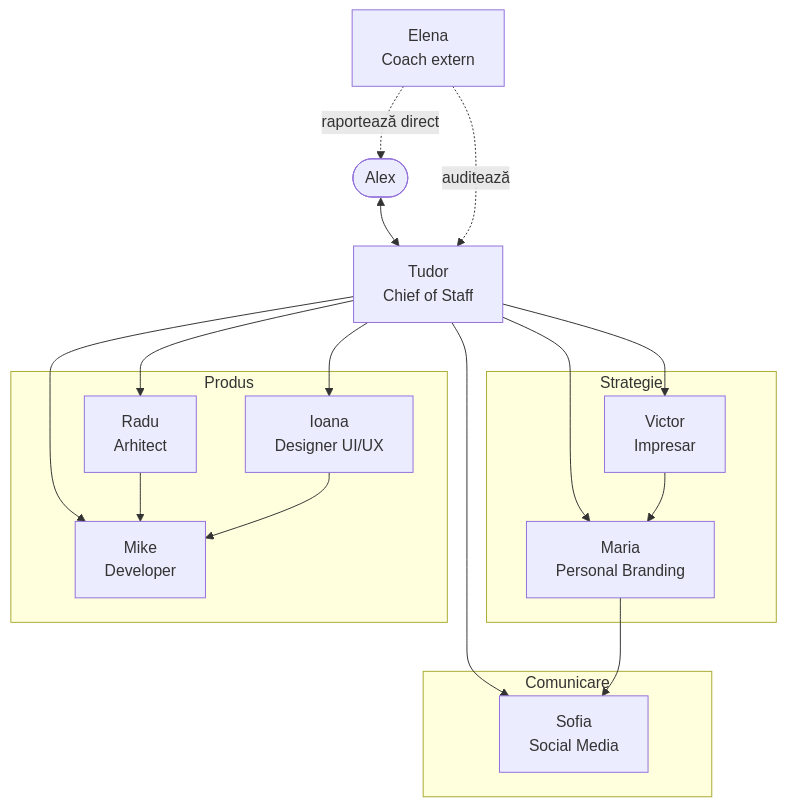
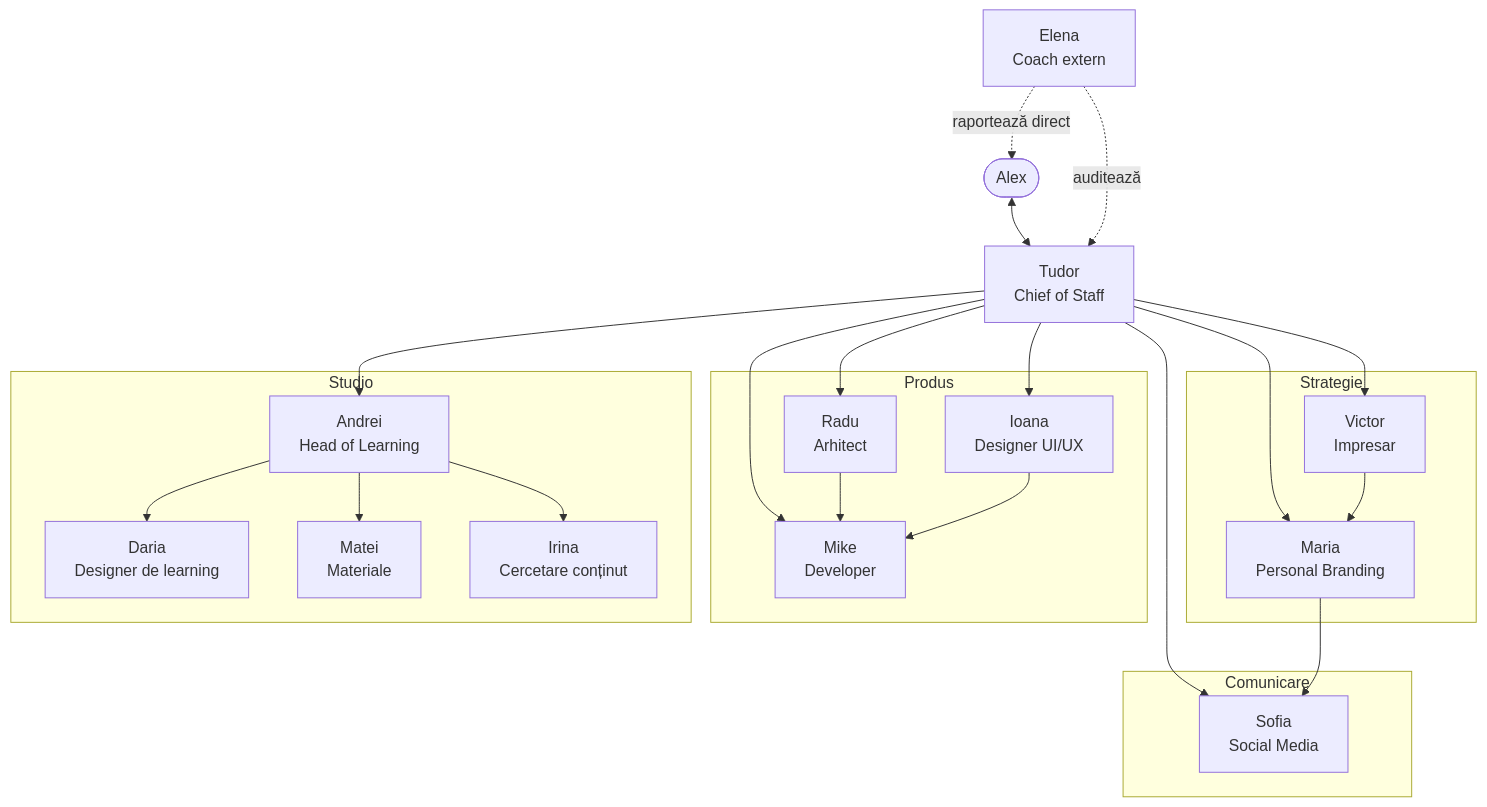
Before and after one commit to alexandrumolea/AgentsTeam: the diagram in ECHIPA.md, drawn with Mermaid. The commit also changed other lines of this file and 25 other files, not shown here.

Commit message:
Alex aprobă D-043, D-045, D-052: echipa Studio (Andrei, Daria, Matei, Irina)

````diff
--- a/ECHIPA.md
+++ b/ECHIPA.md
@@ -8,26 +8,33 @@
 ```mermaid
 flowchart TD
   ALEX([Alex])
   TUDOR[Tudor<br/>Chief of Staff]
   ELENA[Elena<br/>Coach extern]
   subgraph Strategie
     MARIA[Maria<br/>Personal Branding]
     VICTOR[Victor<br/>Impresar]
   end
   subgraph Produs
     RADU[Radu<br/>Arhitect]
     IOANA[Ioana<br/>Designer UI/UX]
     MIKE[Mike<br/>Developer]
   end
   subgraph Comunicare
     SOFIA[Sofia<br/>Social Media]
   end
+  subgraph Studio
+    ANDREI[Andrei<br/>Head of Learning]
+    DARIA[Daria<br/>Designer de learning]
+    MATEI[Matei<br/>Materiale]
+    IRINA[Irina<br/>Cercetare conținut]
+  end
   ALEX <--> TUDOR
-  TUDOR --> MARIA & VICTOR & RADU & IOANA & MIKE & SOFIA
+  TUDOR --> MARIA & VICTOR & RADU & IOANA & MIKE & SOFIA & ANDREI
+  ANDREI --> DARIA & MATEI & IRINA
   ELENA -. auditează .-> TUDOR
   ELENA -. raportează direct .-> ALEX
   RADU --> MIKE
   IOANA --> MIKE
   MARIA --> SOFIA
   VICTOR --> MARIA
 ```
````
